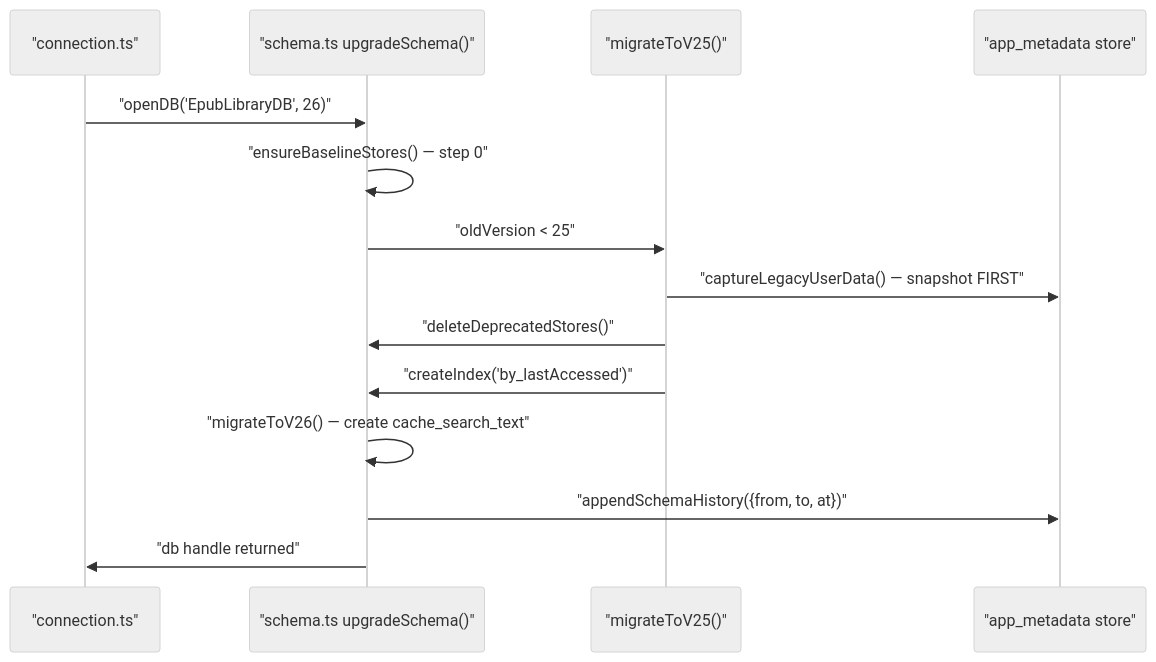
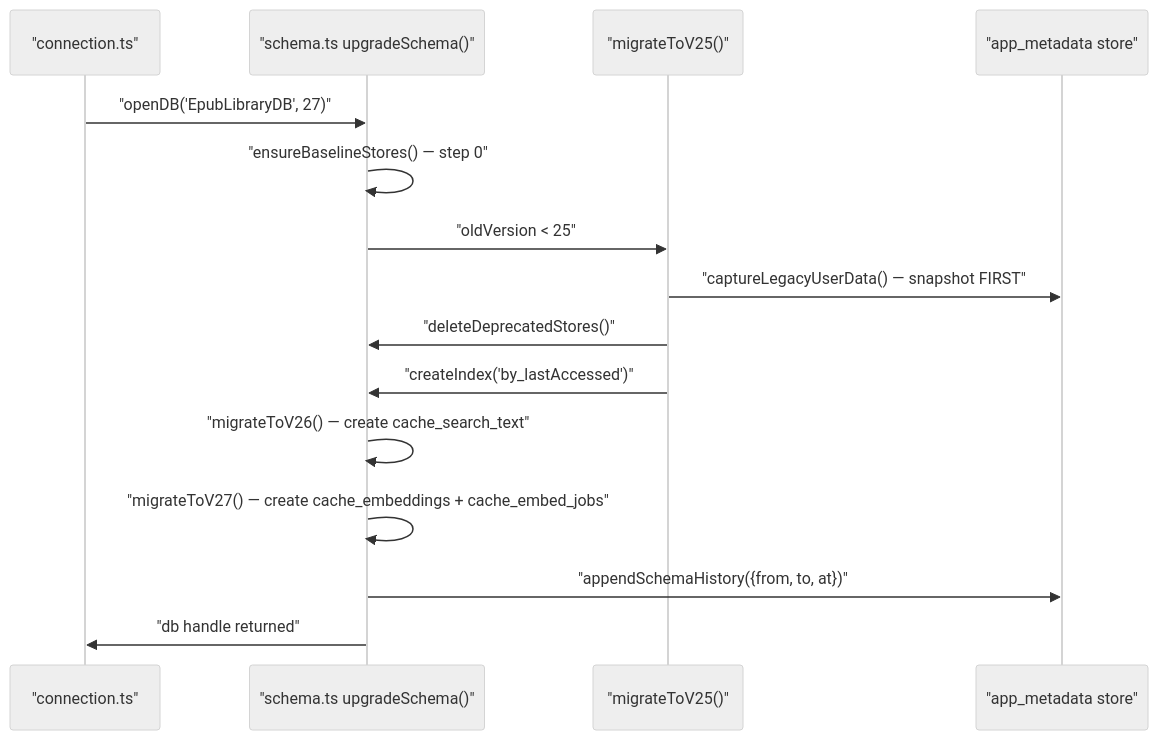
Before and after one commit to vrwarp/versicle: the third of 6 diagrams in docs/comprehensive/12-contract-first-registry.md, drawn with Mermaid (neutral theme). The commit also changed other lines of this file and 17 other files, not shown here.

````diff
--- a/docs/comprehensive/12-contract-first-registry.md
+++ b/docs/comprehensive/12-contract-first-registry.md
@@ -396,17 +399,18 @@
 ```mermaid
 sequenceDiagram
     participant C as "connection.ts"
     participant S as "schema.ts upgradeSchema()"
     participant M25 as "migrateToV25()"
     participant AM as "app_metadata store"
 
-    C ->> S: "openDB('EpubLibraryDB', 26)"
+    C ->> S: "openDB('EpubLibraryDB', 27)"
     S ->> S: "ensureBaselineStores() — step 0"
     S ->> M25: "oldVersion < 25"
     M25 ->> AM: "captureLegacyUserData() — snapshot FIRST"
     M25 ->> S: "deleteDeprecatedStores()"
     M25 ->> S: "createIndex('by_lastAccessed')"
     S ->> S: "migrateToV26() — create cache_search_text"
+    S ->> S: "migrateToV27() — create cache_embeddings + cache_embed_jobs"
     S ->> AM: "appendSchemaHistory({from, to, at})"
     S ->> C: "db handle returned"
 ```
````
